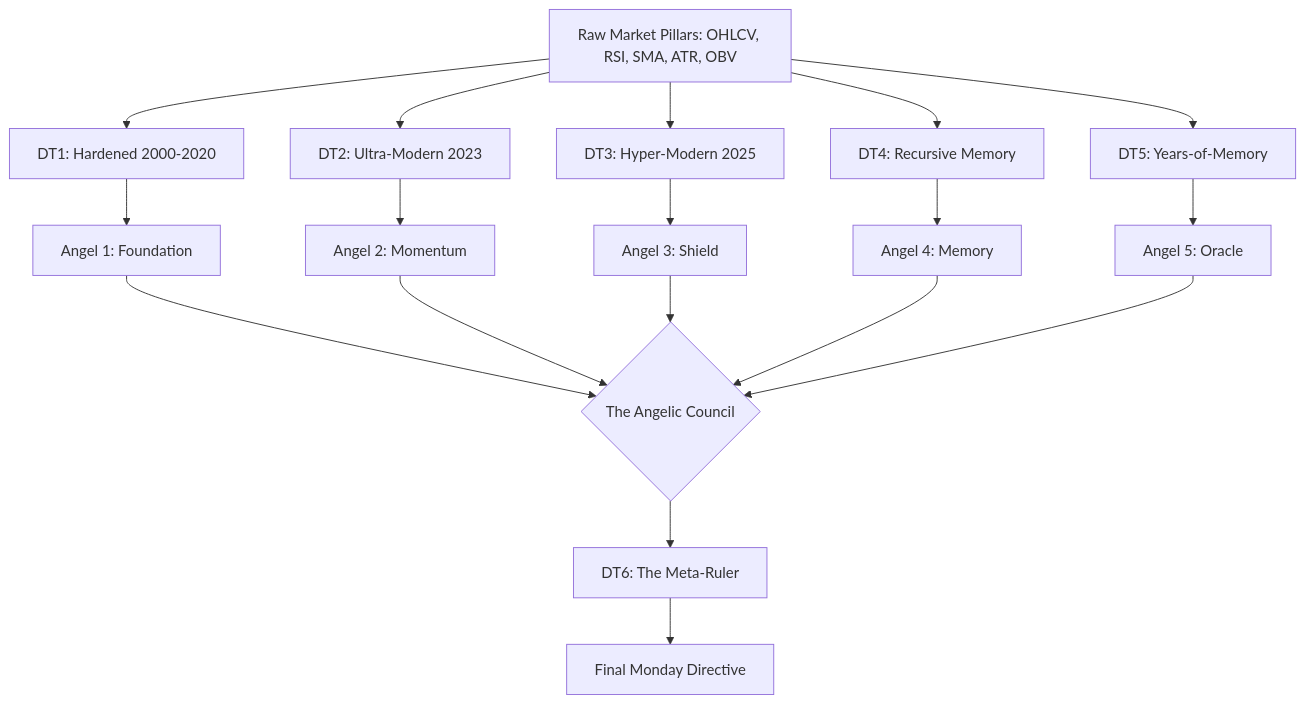
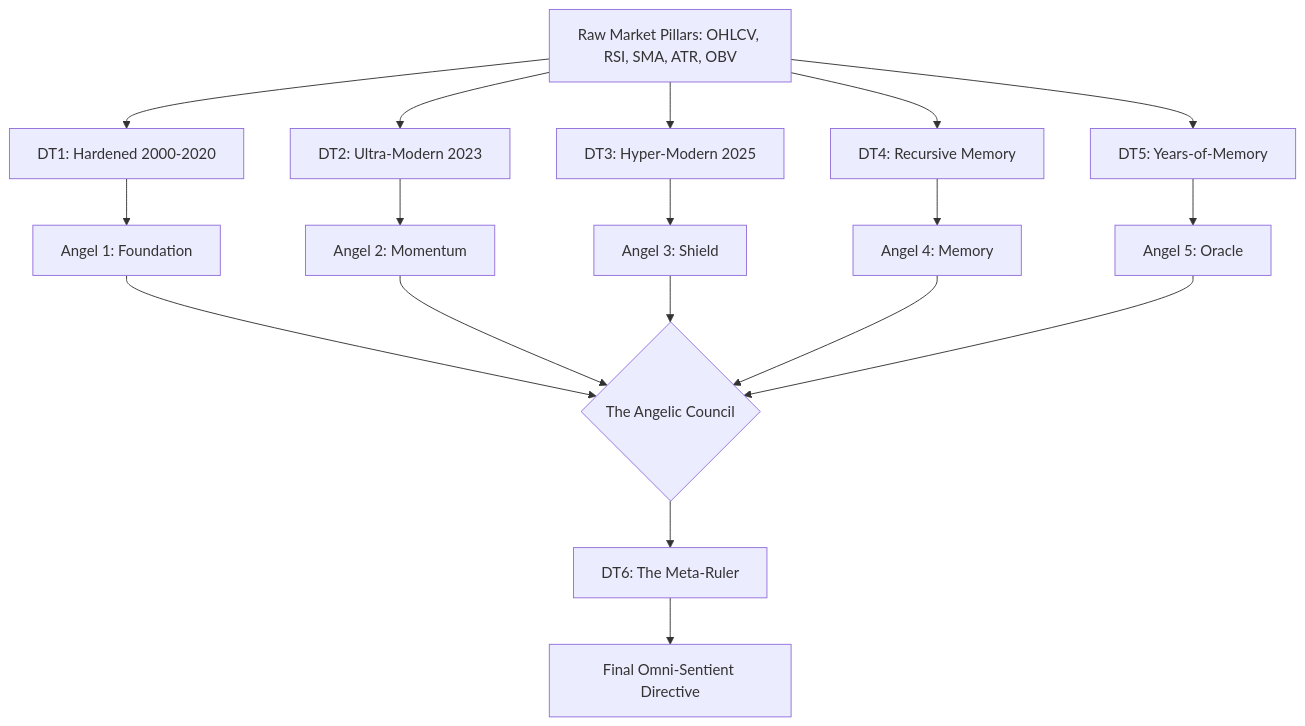
The second of 2 diagrams in README.md (pravindev666/Tradyx-Aleph), drawn with Mermaid before and after one commit. The commit also changed other lines of this file, not shown here.

````diff
--- a/README.md
+++ b/README.md
@@ -26,23 +55,23 @@
 ```mermaid
 graph TD
-    Data[Raw Market Pillars: OHLCV, RSI, SMA, ATR, OBV] --> DT1[DT1: Hardened 2000-2020]
-    Data --> DT2[DT2: Ultra-Modern 2023]
-    Data --> DT3[DT3: Hyper-Modern 2025]
-    Data --> DT4[DT4: Recursive Memory]
-    Data --> DT5[DT5: Years-of-Memory]
+    Data["Raw Market Pillars: OHLCV, RSI, SMA, ATR, OBV"] --> DT1["DT1: Hardened 2000-2020"]
+    Data --> DT2["DT2: Ultra-Modern 2023"]
+    Data --> DT3["DT3: Hyper-Modern 2025"]
+    Data --> DT4["DT4: Recursive Memory"]
+    Data --> DT5["DT5: Years-of-Memory"]
 
-    DT1 --> Angel1[Angel 1: Foundation]
-    DT2 --> Angel2[Angel 2: Momentum]
-    DT3 --> Angel3[Angel 3: Shield]
-    DT4 --> Angel4[Angel 4: Memory]
-    DT5 --> Angel5[Angel 5: Oracle]
+    DT1 --> Angel1["Angel 1: Foundation"]
+    DT2 --> Angel2["Angel 2: Momentum"]
+    DT3 --> Angel3["Angel 3: Shield"]
+    DT4 --> Angel4["Angel 4: Memory"]
+    DT5 --> Angel5["Angel 5: Oracle"]
 
     Angel1 --> Council{The Angelic Council}
     Angel2 --> Council
     Angel3 --> Council
     Angel4 --> Council
     Angel5 --> Council
 
-    Council --> DT6[DT6: The Meta-Ruler]
-    DT6 --> Verdict[Final Monday Directive]
+    Council --> DT6["DT6: The Meta-Ruler"]
+    DT6 --> Verdict["Final Omni-Sentient Directive"]
 ```
````
